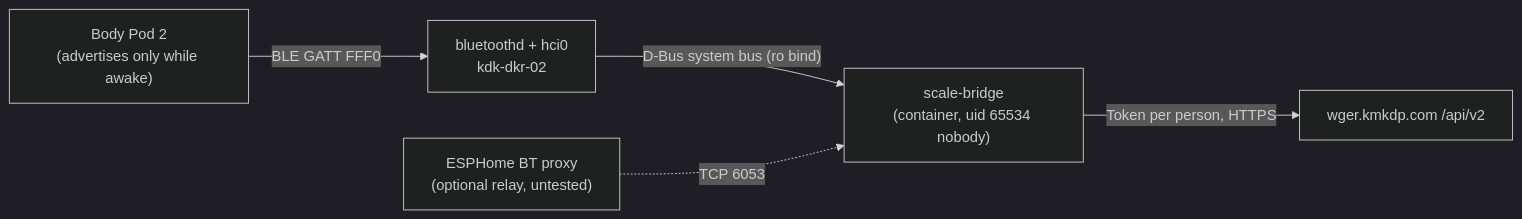
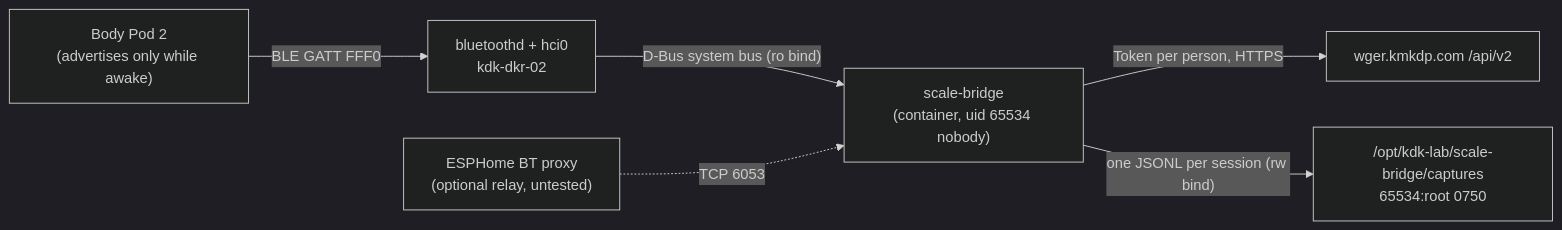
One commit to BigH3ater/kdk-lab-dkr changed the diagram in docs/services/scale-bridge.md. Above: the diagram before and after it, drawn with Mermaid (dark theme). The commit also changed other lines of this file and 21 other files, not shown here.

First line of the commit message:
feat(scale-bridge): raw capture file per weigh-in + end-marker heart rate (0.1.3)

````diff
--- a/docs/services/scale-bridge.md
+++ b/docs/services/scale-bridge.md
@@ -24,7 +25,8 @@
 ```mermaid
 flowchart LR
   S["Body Pod 2<br/>(advertises only while awake)"] -->|"BLE GATT FFF0"| BZ["bluetoothd + hci0<br/>kdk-dkr-02"]
   BZ -->|"D-Bus system bus (ro bind)"| SB["scale-bridge<br/>(container, uid 65534 nobody)"]
   P["ESPHome BT proxy<br/>(optional relay, untested)"] -.->|"TCP 6053"| SB
   SB -->|"Token per person, HTTPS"| W["wger.kmkdp.com /api/v2"]
+  SB -->|"one JSONL per session (rw bind)"| C["/opt/kdk-lab/scale-bridge/captures<br/>65534:root 0750"]
 ```
````
